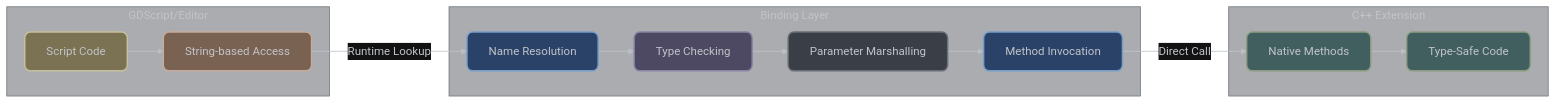
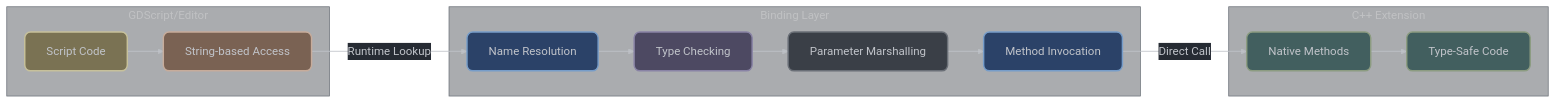
The first of 2 diagrams in docs/engine_integration/binding-system.md (vorlac/gdextension-docs), drawn with Mermaid before and after one commit. The commit also changed other lines of this file and 16 other files, not shown here.

````diff
--- a/docs/engine_integration/binding-system.md
+++ b/docs/engine_integration/binding-system.md
@@ -13,47 +13,68 @@
 ```mermaid
 ---
 config:
     theme: 'base'
     curve: 'straight'
     themeVariables:
         darkMode: true
         clusterBkg: '#22272f62'
         clusterBorder: '#6a6f77ff'
         clusterTextColor: '#6a6f77ff'
-        lineColor: '#ffffff'
-        primaryTextColor: '#ffffff'
+        lineColor: '#C1C4CAAA'
+        background: '#262B33'
+        primaryColor: '#2b4268ff'
+        primaryTextColor: '#C1C4CAff'
         primaryBorderColor: '#6a6f77ff'
-        nodeTextColor: '#ffffff'
-        defaultLinkColor: '#ffffff'
-        edgeLabelBackground: '#121212'
-        tertiaryTextColor: '#C1C4CA'
+        primaryLabelBkg: '#262B33'
+        secondaryColor: '#425f5fff'
+        secondaryBorderColor: '#8c9c81ff'
+        secondaryTextColor: '#C1C4CAff'
+        tertiaryColor: '#4d4962ff'
+        tertiaryBorderColor: '#8983a5ff'
+        tertiaryTextColor: '#eeeeee55'
+        nodeTextColor: '#C1C4CA'
+        defaultLinkColor: '#C1C4CA'
+        edgeLabelBackground: '#262B33'
+        edgeLabelBorderColor: '#C1C4CA'
+        labelTextColor: '#C1C4CA'
+        errorBkgColor: '#724848ff'
+        errorTextColor: '#C1C4CA'
+        flowchart:
+            curve: 'basis'
+            nodeSpacing: 50
+            rankSpacing: 50
+            subGraphTitleMargin:
+                top: 15
+                bottom: 15
+                left: 15
+                right: 15
 ---
 flowchart LR
     subgraph GDSCRIPT["GDScript/Editor"]
         A[Script Code] --> B[String-based Access]
     end
 
     subgraph BINDING["Binding Layer"]
         C[Name Resolution] --> D[Type Checking]
         D --> E[Parameter Marshalling]
         E --> F[Method Invocation]
     end
 
     subgraph CPP["C++ Extension"]
         G[Native Methods] --> H[Type-Safe Code]
     end
 
     B -->|Runtime Lookup| C
     F -->|Direct Call| G
 
     linkStyle default stroke:#C1C4CAaa,stroke-width:2px,color:#C1C4CA
 
-    style A fill:#7a7253ff,stroke: #c7c19bff,stroke-width:2px,color:#C1C4CA,rx:8,ry:8
-    style B fill:#7a6253ff,stroke: #c7ac9bff,stroke-width:2px,color:#C1C4CA,rx:8,ry:8
-    style C fill: #2b4268ff,stroke: #779DC9ff,stroke-width:2px,color:#C1C4CA,rx:8,ry:8
-    style D fill:#4d4962ff,stroke: #8983a5ff,stroke-width:2px,color:#C1C4CA,rx:8,ry:8
-    style E fill:#3a3f47ff,stroke: #6a6f77ff,stroke-width:2px,color:#C1C4CA,rx:8,ry:8
-    style F fill: #2b4268ff,stroke: #779DC9ff,stroke-width:2px,color:#C1C4CA,rx:8,ry:8
-    style G fill:#425f5fff,stroke: #8c9c81ff,stroke-width:2px,color:#C1C4CA,rx:8,ry:8
-    style H fill:#425f5fff,stroke: #8c9c81ff,stroke-width:2px,color:#C1C4CA,rx:8,ry:8
+    style A fill:#7a7253ff,stroke:#c7c19bff,stroke-width:2px,color:#C1C4CA,rx:8,ry:8
+    style B fill:#7a6253ff,stroke:#c7ac9bff,stroke-width:2px,color:#C1C4CA,rx:8,ry:8
+    style C fill:#2b4268ff,stroke:#779DC9ff,stroke-width:2px,color:#C1C4CA,rx:8,ry:8
+    style D fill:#4d4962ff,stroke:#8983a5ff,stroke-width:2px,color:#C1C4CA,rx:8,ry:8
+    style E fill:#3a3f47ff,stroke:#6a6f77ff,stroke-width:2px,color:#C1C4CA,rx:8,ry:8
+    style F fill:#2b4268ff,stroke:#779DC9ff,stroke-width:2px,color:#C1C4CA,rx:8,ry:8
+    style G fill:#425f5fff,stroke:#8c9c81ff,stroke-width:2px,color:#C1C4CA,rx:8,ry:8
+    style H fill:#425f5fff,stroke:#8c9c81ff,stroke-width:2px,color:#C1C4CA,rx:8,ry:8
 ```
````
